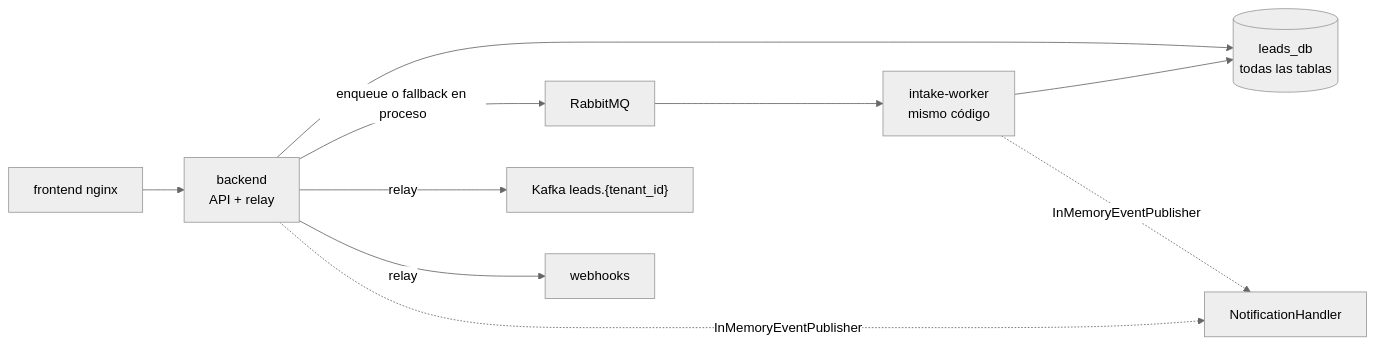
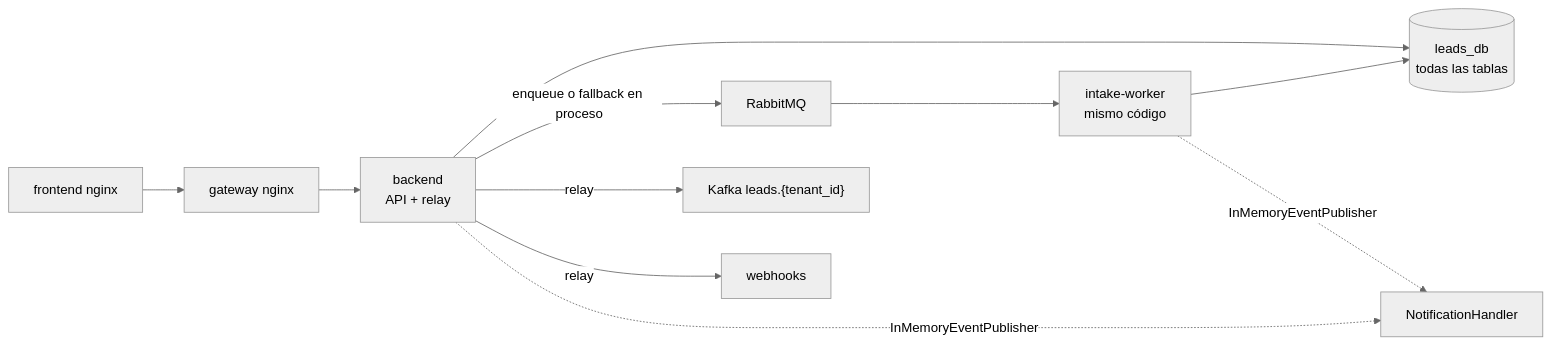
Before and after one commit to MDCIrony/leads-hexa: the diagram in docs/content/microservices/01-punto-de-partida.md, drawn with Mermaid (neutral theme). The commit also changed other lines of this file and 11 other files, not shown here.

````diff
--- a/docs/content/microservices/01-punto-de-partida.md
+++ b/docs/content/microservices/01-punto-de-partida.md
@@ -18,12 +22,13 @@
 ```mermaid
 flowchart LR
-    FE["frontend nginx"] --> API["backend<br/>API + relay"]
+    FE["frontend nginx"] --> GW["gateway nginx"]
+    GW --> API["backend<br/>API + relay"]
     API --> DB[("leads_db<br/>todas las tablas")]
     API -->|"enqueue o fallback en proceso"| R["RabbitMQ"]
     R --> W["intake-worker<br/>mismo código"]
     W --> DB
     API -->|"relay"| K["Kafka leads.{tenant_id}"]
     API -->|"relay"| WH["webhooks"]
     API -. "InMemoryEventPublisher" .-> N["NotificationHandler"]
     W -. "InMemoryEventPublisher" .-> N
 ```
````
